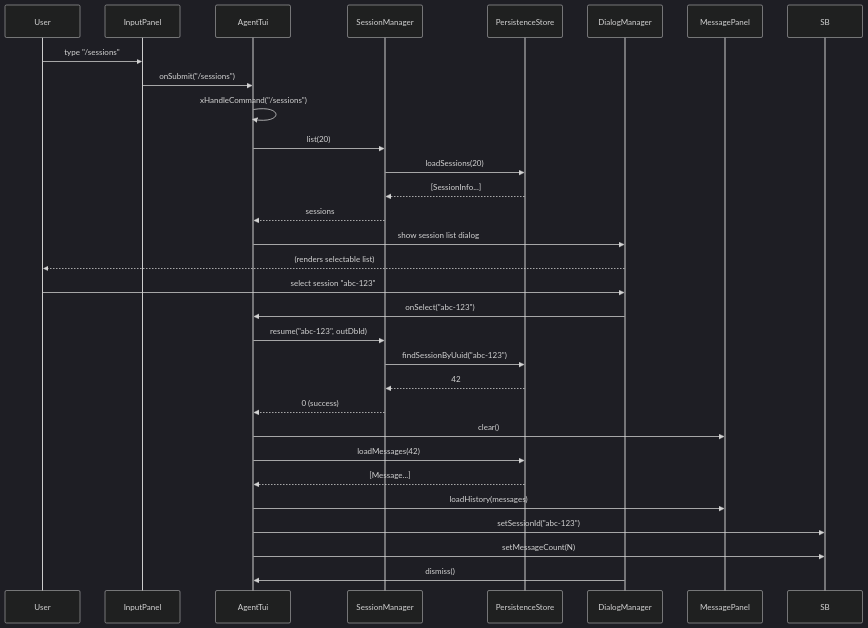
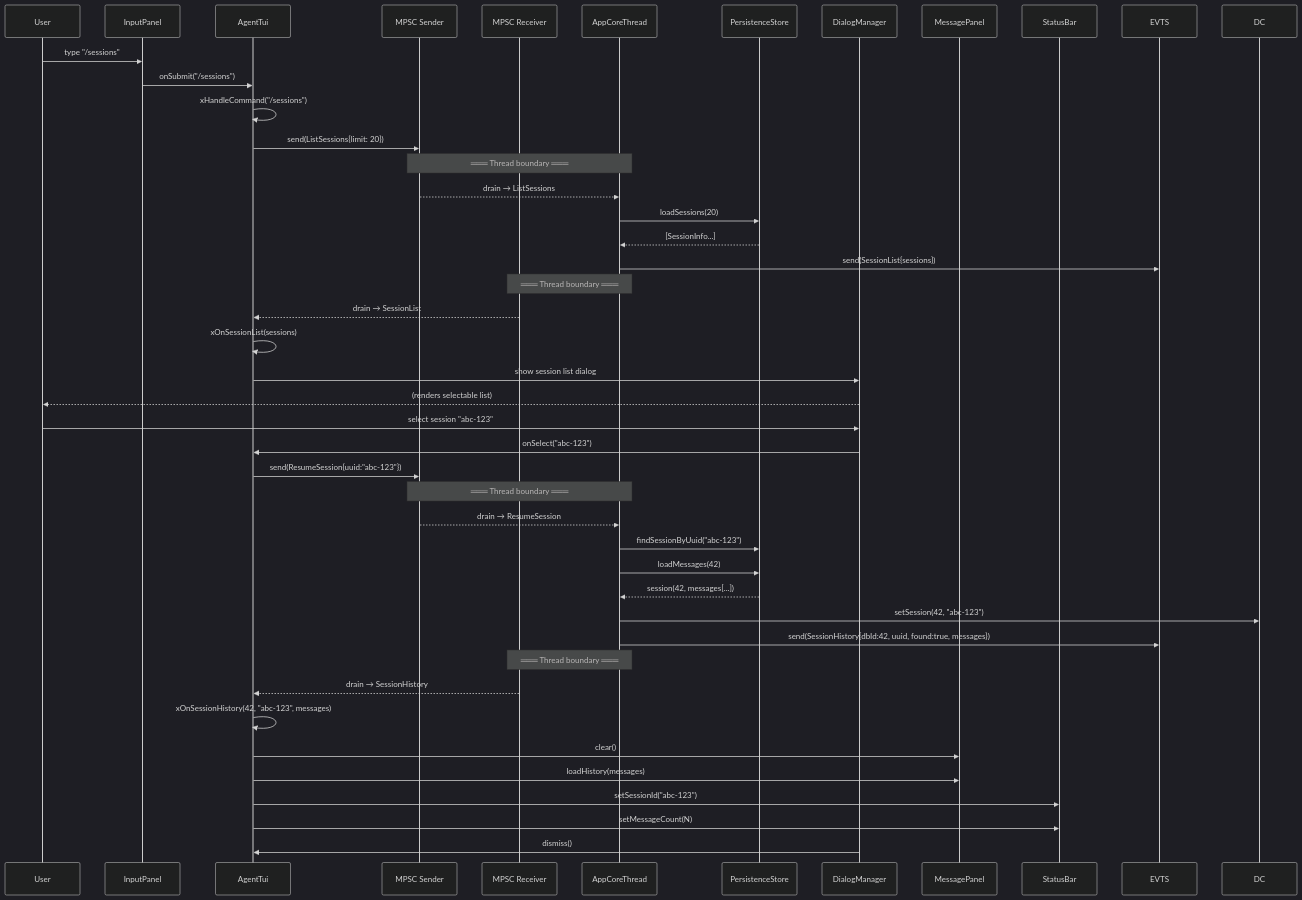
Before and after one commit to opensassi/a0: the third of 6 diagrams in src/tui/technical-specification.md, drawn with Mermaid (dark theme). The commit also changed other lines of this file and 35 other files, not shown here.

Commit message:
2026-06-05-tui-architecture-overhaul-16705130bffeF9iQwbEtbGaR32

````diff
--- a/src/tui/technical-specification.md
+++ b/src/tui/technical-specification.md
@@ -637,36 +652,55 @@
 ```mermaid
 sequenceDiagram
     participant User
     participant IP as InputPanel
     participant AT as AgentTui
-    participant SM as SessionManager
+    participant CMD as MPSC Sender
+    participant EVT as MPSC Receiver
+    participant ACT as AppCoreThread
     participant PS as PersistenceStore
     participant DM as DialogManager
     participant MP as MessagePanel
+    participant SB as StatusBar
 
     User->>IP: type "/sessions"
     IP->>AT: onSubmit("/sessions")
     AT->>AT: xHandleCommand("/sessions")
-    AT->>SM: list(20)
-    SM->>PS: loadSessions(20)
-    PS-->>SM: [SessionInfo...]
-    SM-->>AT: sessions
+    AT->>CMD: send(ListSessions{limit: 20})
 
+    Note over CMD,ACT: ═══ Thread boundary ═══
+
+    CMD-->>ACT: drain → ListSessions
+    ACT->>PS: loadSessions(20)
+    PS-->>ACT: [SessionInfo...]
+    ACT->>EVTS: send(SessionList{sessions})
+
+    Note over ACT,EVT: ═══ Thread boundary ═══
+
+    EVT-->>AT: drain → SessionList
+    AT->>AT: xOnSessionList(sessions)
     AT->>DM: show session list dialog
     DM-->>User: (renders selectable list)
 
     User->>DM: select session "abc-123"
     DM->>AT: onSelect("abc-123")
-    AT->>SM: resume("abc-123", outDbId)
-    SM->>PS: findSessionByUuid("abc-123")
-    PS-->>SM: 42
-    SM-->>AT: 0 (success)
+    AT->>CMD: send(ResumeSession{uuid:"abc-123"})
 
+    Note over CMD,ACT: ═══ Thread boundary ═══
+
+    CMD-->>ACT: drain → ResumeSession
+    ACT->>PS: findSessionByUuid("abc-123")
+    ACT->>PS: loadMessages(42)
+    PS-->>ACT: session(42, messages[...])
+    ACT->>DC: setSession(42, "abc-123")
+    ACT->>EVTS: send(SessionHistory{dbId:42, uuid, found:true, messages})
+
+    Note over ACT,EVT: ═══ Thread boundary ═══
+
+    EVT-->>AT: drain → SessionHistory
+    AT->>AT: xOnSessionHistory(42, "abc-123", messages)
     AT->>MP: clear()
-    AT->>PS: loadMessages(42)
-    PS-->>AT: [Message...]
     AT->>MP: loadHistory(messages)
     AT->>SB: setSessionId("abc-123")
     AT->>SB: setMessageCount(N)
     DM->>AT: dismiss()
 ```
````
